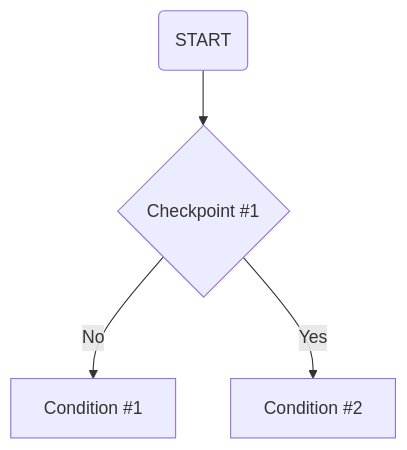
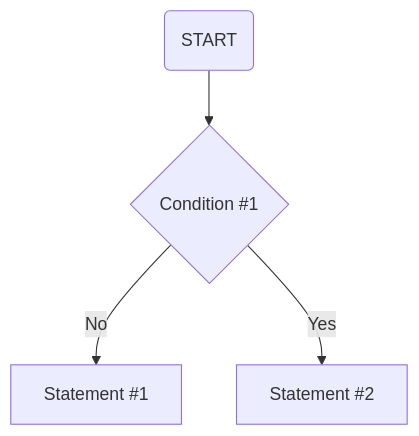
Before and after one commit to RaphaelZH/OpenCV_Program_EN: the diagram in README.md, drawn with Mermaid. The commit also changed other lines of this file and 2 other files, not shown here.

````diff
--- a/README.md
+++ b/README.md
@@ -5,9 +5,9 @@
 ```mermaid
 flowchart TD
 
-A(START) --> B{Checkpoint #1}
+A(START) --> B{Condition #1}
 
-B --> |No| C[Condition #1]
+B --> |No| C[Statement #1]
 
-B --> |Yes| D[Condition #2]
+B --> |Yes| D[Statement #2]
 ```
````
